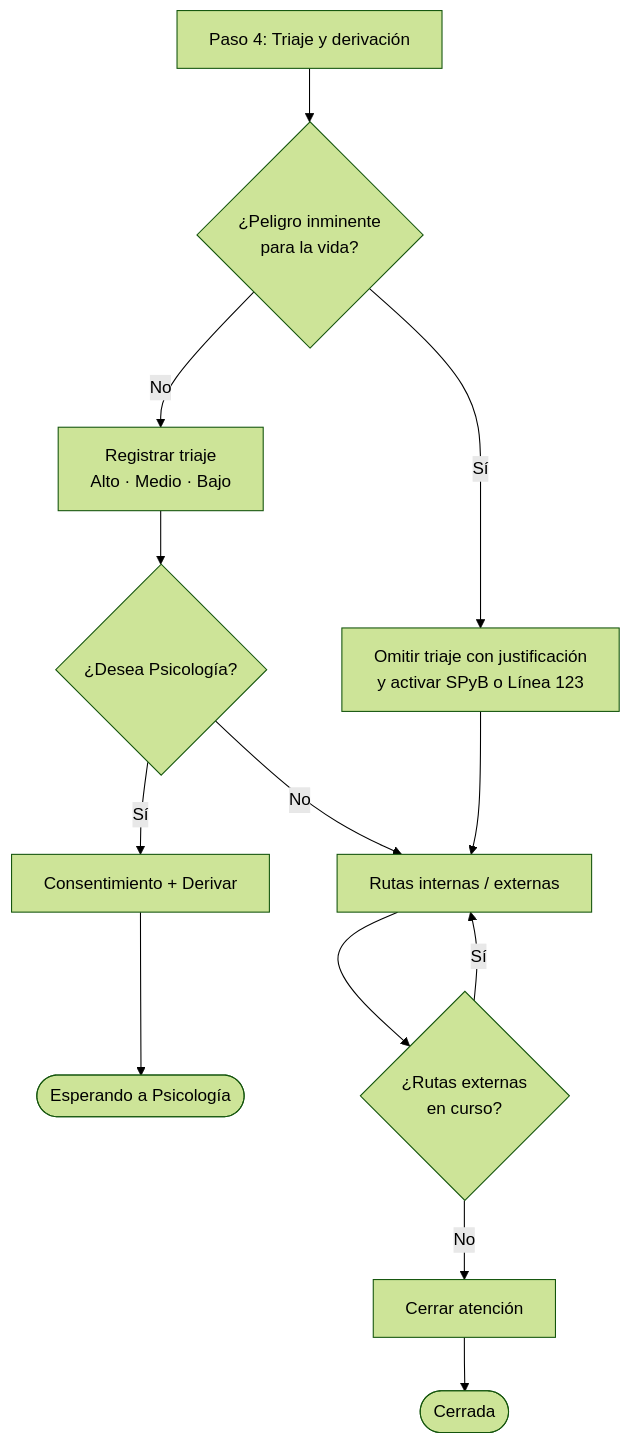
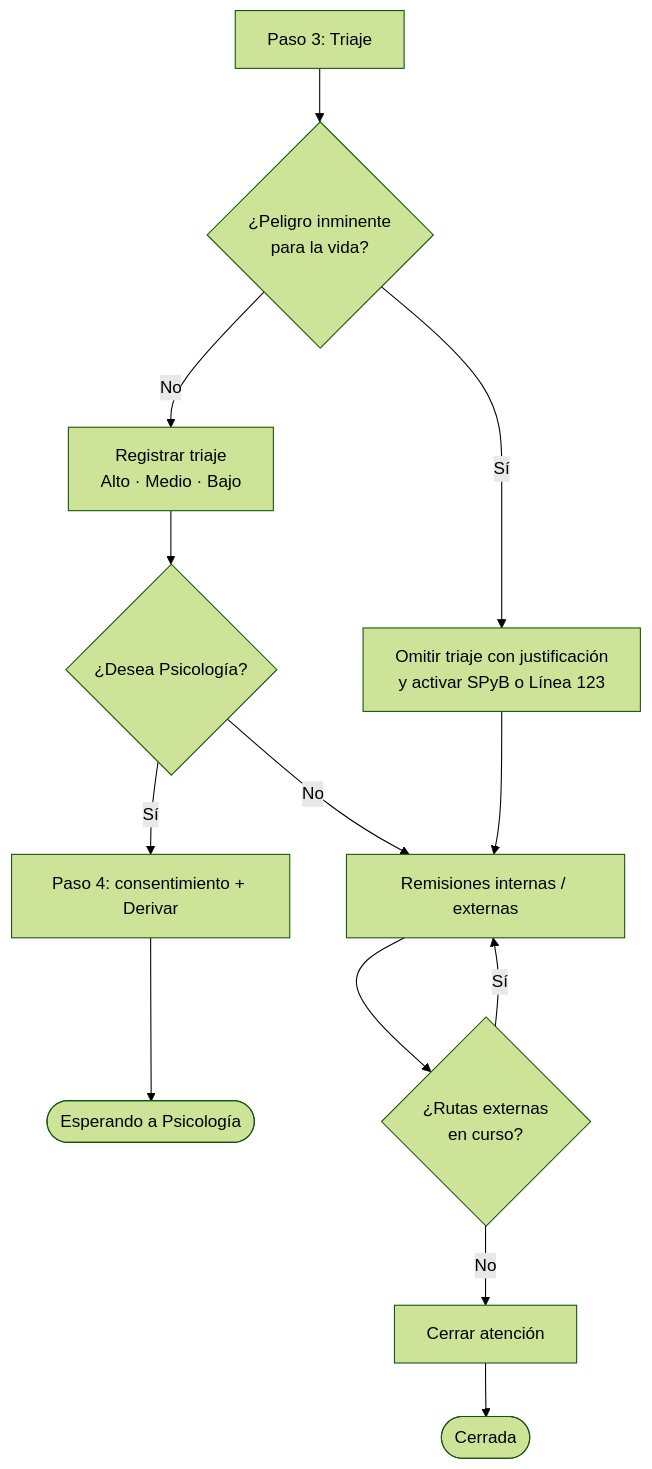
The second of 4 diagrams in docs/manual-usuario-linea-alma-aph.md (psiquikam/casilda-frontend), drawn with Mermaid (forest theme) before and after one commit. The commit also changed other lines of this file and 123 other files, not shown here.

````diff
--- a/docs/manual-usuario-linea-alma-aph.md
+++ b/docs/manual-usuario-linea-alma-aph.md
@@ -86,15 +96,15 @@
 ```mermaid
 flowchart TD
-    G[Paso 4: Triaje y derivación] --> J{¿Peligro inminente<br/>para la vida?}
+    G[Paso 3: Triaje] --> J{¿Peligro inminente<br/>para la vida?}
     J -- Sí --> K[Omitir triaje con justificación<br/>y activar SPyB o Línea 123]
     J -- No --> L[Registrar triaje<br/>Alto · Medio · Bajo]
     L --> M{¿Desea Psicología?}
-    M -- Sí --> N[Consentimiento + Derivar]
+    M -- Sí --> N[Paso 4: consentimiento + Derivar]
     N --> O([Esperando a Psicología])
-    M -- No --> P[Rutas internas / externas]
+    M -- No --> P[Remisiones internas / externas]
     K --> P
     P --> Q{¿Rutas externas<br/>en curso?}
     Q -- Sí --> P
     Q -- No --> R[Cerrar atención]
     R --> S([Cerrada])
 ```
````
